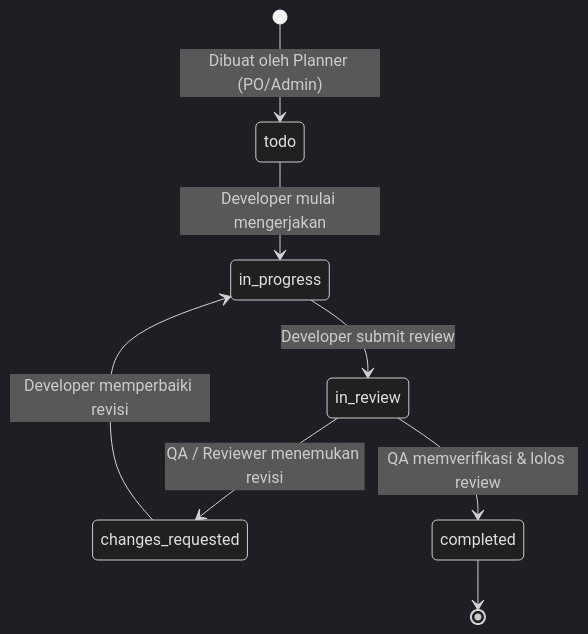
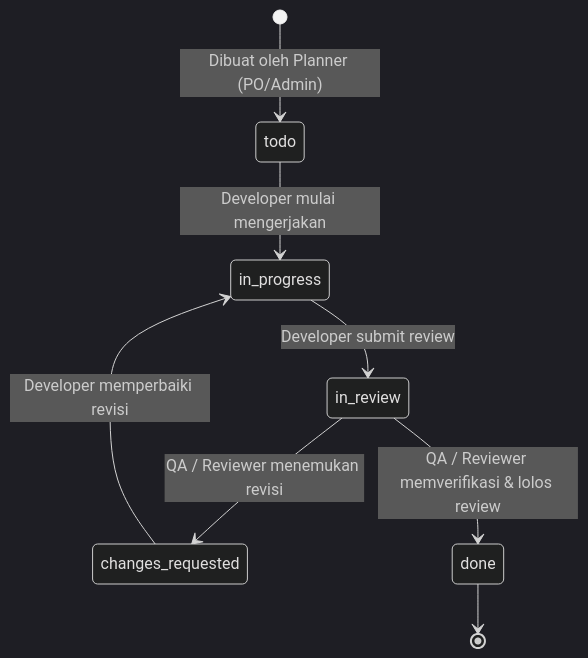
The third of 8 diagrams in docs/2_WORKFLOW_AND_ROLES.md (oneilreyand/qlickhub), drawn with Mermaid (dark theme) before and after one commit. The commit also changed other lines of this file and 93 other files, not shown here.

````diff
--- a/docs/2_WORKFLOW_AND_ROLES.md
+++ b/docs/2_WORKFLOW_AND_ROLES.md
@@ -99,13 +123,13 @@
 ```mermaid
 stateDiagram-v2
     [*] --> todo: Dibuat oleh Planner (PO/Admin)
 
     todo --> in_progress: Developer mulai mengerjakan
     in_progress --> in_review: Developer submit review
 
     in_review --> changes_requested: QA / Reviewer menemukan revisi
     changes_requested --> in_progress: Developer memperbaiki revisi
 
-    in_review --> completed: QA memverifikasi & lolos review
-    completed --> [*]
+    in_review --> done: QA / Reviewer memverifikasi & lolos review
+    done --> [*]
 ```
````
